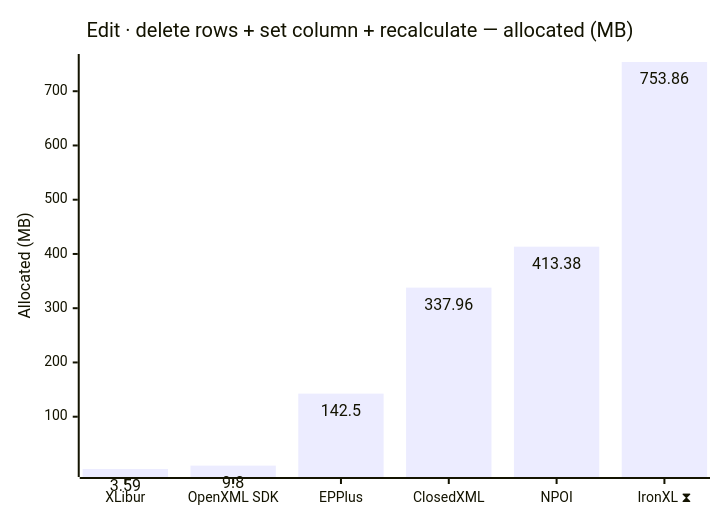
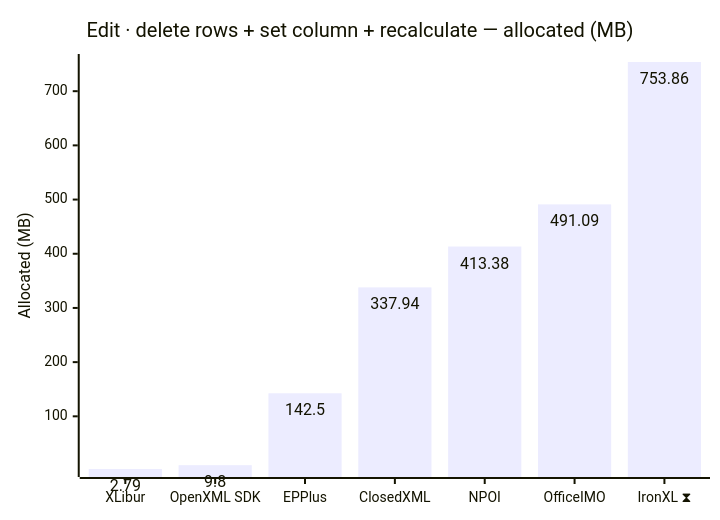
One commit to jafin/XLBench changed the tenth of 12 diagrams in docs/results-ci.md. Above: the diagram before and after it, drawn with Mermaid. The commit also changed other lines of this file, not shown here.

````diff
--- a/docs/results-ci.md
+++ b/docs/results-ci.md
@@ -158,12 +160,12 @@
 ```mermaid
 ---
 config:
   xyChart:
     showDataLabel: true
 ---
 xychart-beta
     title "Edit · delete rows + set column + recalculate — allocated (MB)"
-    x-axis ["XLibur", "OpenXML SDK", "EPPlus", "ClosedXML", "NPOI", "IronXL ⧗"]
+    x-axis ["XLibur", "OpenXML SDK", "EPPlus", "ClosedXML", "NPOI", "OfficeIMO", "IronXL ⧗"]
     y-axis "Allocated (MB)"
-    bar [3.59, 9.8, 142.5, 337.96, 413.38, 753.86]
+    bar [2.79, 9.8, 142.5, 337.94, 413.38, 491.09, 753.86]
 ```
````
